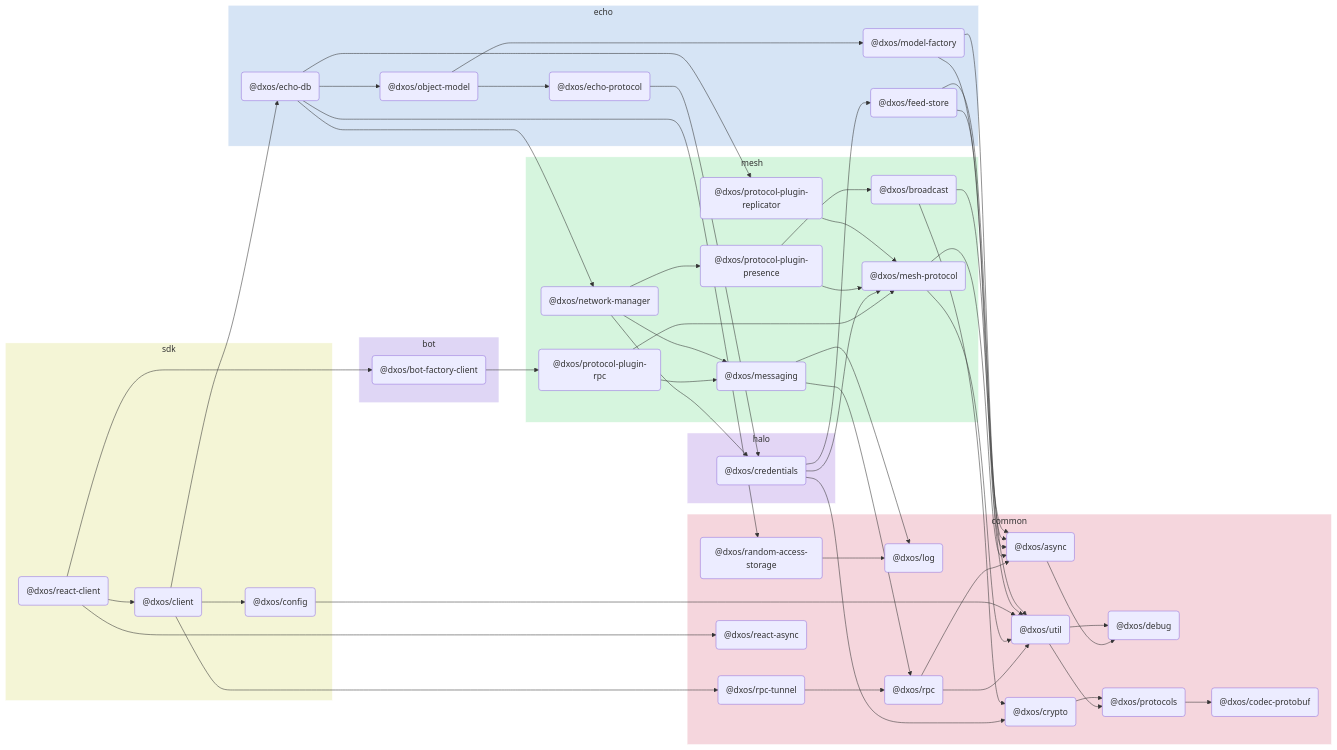
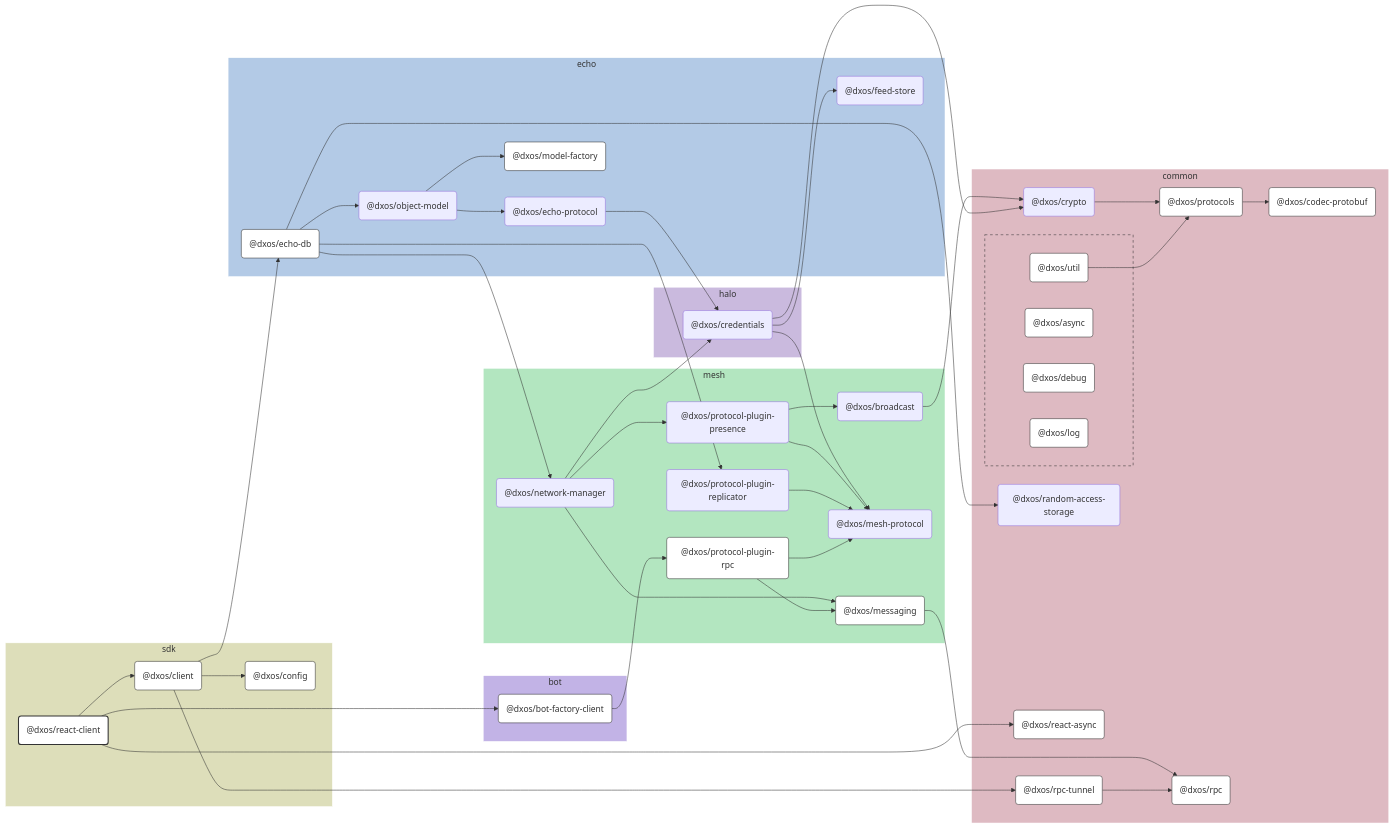
Before and after one commit to dxos/dxos: the diagram in packages/sdk/react-client/docs/README.md, drawn with Mermaid. The commit also changed other lines of this file and 109 other files, not shown here.

````diff
--- a/packages/sdk/react-client/docs/README.md
+++ b/packages/sdk/react-client/docs/README.md
@@ -5,101 +7,145 @@
 ```mermaid
-flowchart LR;
+%%{ init: {'flowchart':{'curve':'basis'}} }%%
 
+flowchart LR
+
+%% Links
+dxos/bot-factory-client --> dxos/protocol-plugin-rpc;
+dxos/broadcast --> dxos/crypto;
+dxos/client --> dxos/config;
+dxos/client --> dxos/echo-db;
+dxos/client --> dxos/rpc-tunnel;
+dxos/credentials --> dxos/crypto;
+dxos/credentials --> dxos/feed-store;
+dxos/credentials --> dxos/mesh-protocol;
+dxos/crypto --> dxos/protocols;
+dxos/echo-db --> dxos/network-manager;
+dxos/echo-db --> dxos/object-model;
+dxos/echo-db --> dxos/protocol-plugin-replicator;
+dxos/echo-db --> dxos/random-access-storage;
+dxos/echo-protocol --> dxos/credentials;
+dxos/messaging --> dxos/rpc;
+dxos/network-manager --> dxos/credentials;
+dxos/network-manager --> dxos/messaging;
+dxos/network-manager --> dxos/protocol-plugin-presence;
+dxos/object-model --> dxos/echo-protocol;
+dxos/object-model --> dxos/model-factory;
+dxos/protocol-plugin-presence --> dxos/broadcast;
+dxos/protocol-plugin-presence --> dxos/mesh-protocol;
+dxos/protocol-plugin-replicator --> dxos/mesh-protocol;
+dxos/protocol-plugin-rpc --> dxos/mesh-protocol;
+dxos/protocol-plugin-rpc --> dxos/messaging;
+dxos/protocols --> dxos/codec-protobuf;
+dxos/react-client --> dxos/bot-factory-client;
+dxos/react-client --> dxos/client;
+dxos/react-client --> dxos/react-async;
+dxos/rpc-tunnel --> dxos/rpc;
+dxos/util --> dxos/protocols;
+
+%% Sections
 subgraph sdk
-  style sdk fill:#f4f5d6,stroke:#fff;
-  dxos/react-client("@dxos/react-client");
-  dxos/client("@dxos/client");
-  dxos/config("@dxos/config");
+  style sdk fill:#dddeba,stroke:#fff;
+
+  dxos/client("@dxos/client")
+  dxos/config("@dxos/config")
+  dxos/react-client("@dxos/react-client")
 end
 
 subgraph common
-  style common fill:#f5d6dd,stroke:#fff;
-  dxos/async("@dxos/async");
-  dxos/debug("@dxos/debug");
-  dxos/codec-protobuf("@dxos/codec-protobuf");
-  dxos/log("@dxos/log");
-  dxos/protocols("@dxos/protocols");
-  dxos/rpc("@dxos/rpc");
-  dxos/util("@dxos/util");
-  dxos/crypto("@dxos/crypto");
-  dxos/random-access-storage("@dxos/random-access-storage");
-  dxos/rpc-tunnel("@dxos/rpc-tunnel");
-  dxos/react-async("@dxos/react-async");
+  style common fill:#debac2,stroke:#fff;
+
+  dxos/codec-protobuf("@dxos/codec-protobuf")
+  dxos/crypto("@dxos/crypto")
+  dxos/protocols("@dxos/protocols")
+  dxos/random-access-storage("@dxos/random-access-storage")
+  dxos/react-async("@dxos/react-async")
+  dxos/rpc("@dxos/rpc")
+  dxos/rpc-tunnel("@dxos/rpc-tunnel")
+
+  subgraph common-excluded [ ]
+    style common-excluded fill:#debac2,stroke:#333,stroke-dasharray:5 5;
+
+    dxos/async("@dxos/async")
+    dxos/debug("@dxos/debug")
+    dxos/log("@dxos/log")
+    dxos/util("@dxos/util")
+  end
 end
 
 subgraph bot
-  style bot fill:#dfd6f5,stroke:#fff;
-  dxos/bot-factory-client("@dxos/bot-factory-client");
+  style bot fill:#c2b3e6,stroke:#fff;
+
+  dxos/bot-factory-client("@dxos/bot-factory-client")
 end
 
 subgraph mesh
-  style mesh fill:#d6f5de,stroke:#fff;
-  dxos/protocol-plugin-rpc("@dxos/protocol-plugin-rpc");
-  dxos/messaging("@dxos/messaging");
-  dxos/mesh-protocol("@dxos/mesh-protocol");
-  dxos/network-manager("@dxos/network-manager");
-  dxos/protocol-plugin-presence("@dxos/protocol-plugin-presence");
-  dxos/broadcast("@dxos/broadcast");
-  dxos/protocol-plugin-replicator("@dxos/protocol-plugin-replicator");
+  style mesh fill:#b3e6c0,stroke:#fff;
+
+  dxos/broadcast("@dxos/broadcast")
+  dxos/mesh-protocol("@dxos/mesh-protocol")
+  dxos/messaging("@dxos/messaging")
+  dxos/network-manager("@dxos/network-manager")
+  dxos/protocol-plugin-presence("@dxos/protocol-plugin-presence")
+  dxos/protocol-plugin-replicator("@dxos/protocol-plugin-replicator")
+  dxos/protocol-plugin-rpc("@dxos/protocol-plugin-rpc")
 end
 
 subgraph echo
-  style echo fill:#d6e4f5,stroke:#fff;
-  dxos/echo-db("@dxos/echo-db");
-  dxos/feed-store("@dxos/feed-store");
-  dxos/echo-protocol("@dxos/echo-protocol");
-  dxos/model-factory("@dxos/model-factory");
-  dxos/object-model("@dxos/object-model");
+  style echo fill:#b3cae6,stroke:#fff;
+
+  dxos/echo-db("@dxos/echo-db")
+  dxos/echo-protocol("@dxos/echo-protocol")
+  dxos/feed-store("@dxos/feed-store")
+  dxos/model-factory("@dxos/model-factory")
+  dxos/object-model("@dxos/object-model")
 end
 
 subgraph halo
-  style halo fill:#e3d6f5,stroke:#fff;
-  dxos/credentials("@dxos/credentials");
+  style halo fill:#cabade,stroke:#fff;
+
+  dxos/credentials("@dxos/credentials")
 end
 
-dxos/async --> dxos/debug;
-dxos/react-client --> dxos/bot-factory-client;
-dxos/bot-factory-client --> dxos/protocol-plugin-rpc;
-dxos/protocol-plugin-rpc --> dxos/messaging;
-dxos/messaging --> dxos/log;
-dxos/protocols --> dxos/codec-protobuf;
-dxos/messaging --> dxos/rpc;
-dxos/rpc --> dxos/async;
-dxos/rpc --> dxos/util;
-dxos/util --> dxos/debug;
-dxos/util --> dxos/protocols;
-dxos/protocol-plugin-rpc --> dxos/mesh-protocol;
-dxos/mesh-protocol --> dxos/async;
-dxos/mesh-protocol --> dxos/util;
-dxos/react-client --> dxos/client;
-dxos/client --> dxos/config;
-dxos/config --> dxos/util;
-dxos/client --> dxos/echo-db;
-dxos/credentials --> dxos/crypto;
-dxos/crypto --> dxos/protocols;
-dxos/credentials --> dxos/feed-store;
-dxos/feed-store --> dxos/async;
-dxos/feed-store --> dxos/util;
-dxos/credentials --> dxos/mesh-protocol;
-dxos/echo-protocol --> dxos/credentials;
-dxos/model-factory --> dxos/async;
-dxos/model-factory --> dxos/util;
-dxos/echo-db --> dxos/network-manager;
-dxos/network-manager --> dxos/credentials;
-dxos/network-manager --> dxos/messaging;
-dxos/network-manager --> dxos/protocol-plugin-presence;
-dxos/protocol-plugin-presence --> dxos/broadcast;
-dxos/broadcast --> dxos/async;
-dxos/broadcast --> dxos/crypto;
-dxos/protocol-plugin-presence --> dxos/mesh-protocol;
-dxos/echo-db --> dxos/object-model;
-dxos/object-model --> dxos/echo-protocol;
-dxos/object-model --> dxos/model-factory;
-dxos/echo-db --> dxos/protocol-plugin-replicator;
-dxos/protocol-plugin-replicator --> dxos/mesh-protocol;
-dxos/echo-db --> dxos/random-access-storage;
-dxos/random-access-storage --> dxos/log;
-dxos/client --> dxos/rpc-tunnel;
-dxos/rpc-tunnel --> dxos/rpc;
-dxos/react-client --> dxos/react-async;
+
+%% Hyperlinks
+click dxos/async href "https:/github.com/dxos/dxos/tree/main/packages/common/async/docs";
+click dxos/bot-factory-client href "https:/github.com/dxos/dxos/tree/main/packages/bot/bot-factory-client/docs";
+click dxos/client href "https:/github.com/dxos/dxos/tree/main/packages/sdk/client/docs";
+click dxos/codec-protobuf href "https:/github.com/dxos/dxos/tree/main/packages/common/codec-protobuf/docs";
+click dxos/config href "https:/github.com/dxos/dxos/tree/main/packages/sdk/config/docs";
+click dxos/debug href "https:/github.com/dxos/dxos/tree/main/packages/common/debug/docs";
+click dxos/echo-db href "https:/github.com/dxos/dxos/tree/main/packages/echo/echo-db/docs";
+click dxos/log href "https:/github.com/dxos/dxos/tree/main/packages/common/log/docs";
+click dxos/messaging href "https:/github.com/dxos/dxos/tree/main/packages/mesh/messaging/docs";
+click dxos/model-factory href "https:/github.com/dxos/dxos/tree/main/packages/echo/model-factory/docs";
+click dxos/protocol-plugin-rpc href "https:/github.com/dxos/dxos/tree/main/packages/mesh/protocol-plugin-rpc/docs";
+click dxos/protocols href "https:/github.com/dxos/dxos/tree/main/packages/common/protocols/docs";
+click dxos/react-async href "https:/github.com/dxos/dxos/tree/main/packages/common/react-async/docs";
+click dxos/rpc href "https:/github.com/dxos/dxos/tree/main/packages/common/rpc/docs";
+click dxos/rpc-tunnel href "https:/github.com/dxos/dxos/tree/main/packages/common/rpc-tunnel/docs";
+click dxos/util href "https:/github.com/dxos/dxos/tree/main/packages/common/util/docs";
+
+%% Styles
+classDef rootNode fill:#fff,stroke:#333,stroke-width:2px
+classDef defaultNode fill:#fff,stroke:#333,stroke-width:1px
+linkStyle default stroke:#333,stroke-width:1px
+
+dxos/react-client:::rootNode
+
+dxos/async:::defaultNode
+dxos/bot-factory-client:::defaultNode
+dxos/client:::defaultNode
+dxos/codec-protobuf:::defaultNode
+dxos/config:::defaultNode
+dxos/debug:::defaultNode
+dxos/echo-db:::defaultNode
+dxos/log:::defaultNode
+dxos/messaging:::defaultNode
+dxos/model-factory:::defaultNode
+dxos/protocol-plugin-rpc:::defaultNode
+dxos/protocols:::defaultNode
+dxos/react-async:::defaultNode
+dxos/rpc:::defaultNode
+dxos/rpc-tunnel:::defaultNode
+dxos/util:::defaultNode
 ```
````
